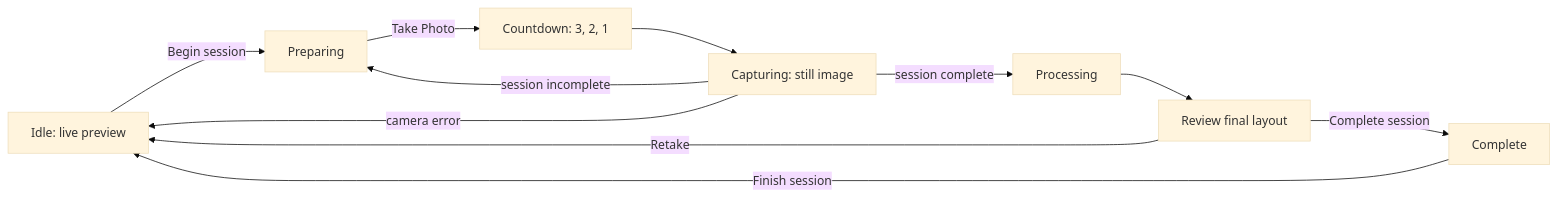
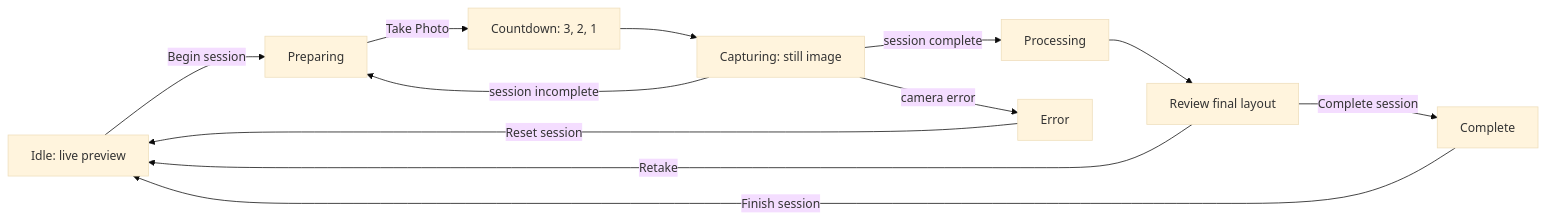
One commit to djr8nch/piprints changed the third of 4 diagrams in docs/architecture/overview.md. Above: the diagram before and after it, drawn with Mermaid (base theme). The commit also changed other lines of this file and 8 other files, not shown here.

````diff
--- a/docs/architecture/overview.md
+++ b/docs/architecture/overview.md
@@ -133,13 +133,14 @@
 ```mermaid
 flowchart LR
     Idle["Idle: live preview"] -->|Begin session| Preparing["Preparing"]
     Preparing -->|Take Photo| Countdown["Countdown: 3, 2, 1"]
     Countdown --> Capturing["Capturing: still image"]
     Capturing -->|session incomplete| Preparing
     Capturing -->|session complete| Processing
     Processing --> Review["Review final layout"]
     Review -->|Retake| Idle
     Review -->|Complete session| Complete
     Complete -->|Finish session| Idle
-    Capturing -->|camera error| Idle
+    Capturing -->|camera error| Error
+    Error -->|Reset session| Idle
 ```
````
